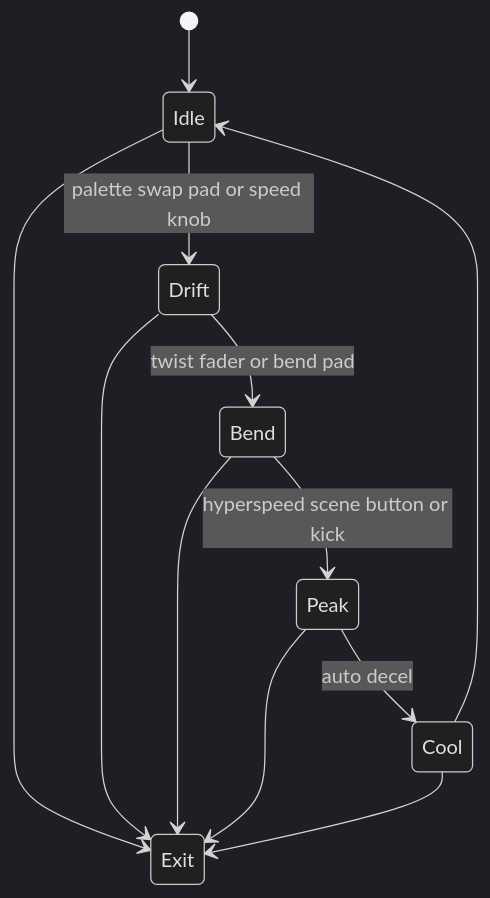
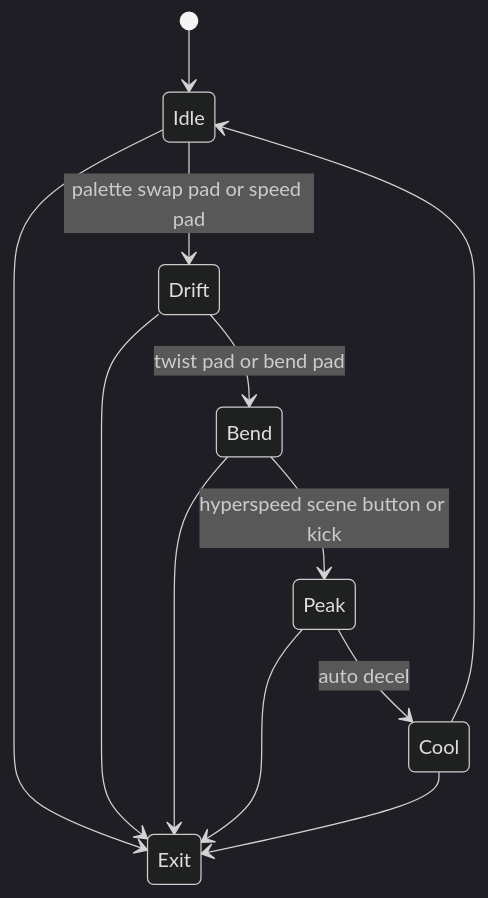
One commit to abossard/synesthesia-visuals changed the eighth of 15 diagrams in docs/processing-syphon-idea-board.md. Above: the diagram before and after it, drawn with Mermaid (dark theme). The commit also changed other lines of this file and 1 other file, not shown here.

````diff
--- a/docs/processing-syphon-idea-board.md
+++ b/docs/processing-syphon-idea-board.md
@@ -259,14 +263,14 @@
   ```mermaid
   stateDiagram-v2
     [*] --> Idle
-    Idle --> Drift : palette swap pad or speed knob
-    Drift --> Bend : twist fader or bend pad
+    Idle --> Drift : palette swap pad or speed pad
+    Drift --> Bend : twist pad or bend pad
     Bend --> Peak : hyperspeed scene button or kick
     Peak --> Cool : auto decel
     Cool --> Idle
     Idle --> Exit
     Drift --> Exit
     Bend --> Exit
     Peak --> Exit
     Cool --> Exit
   ```
````
